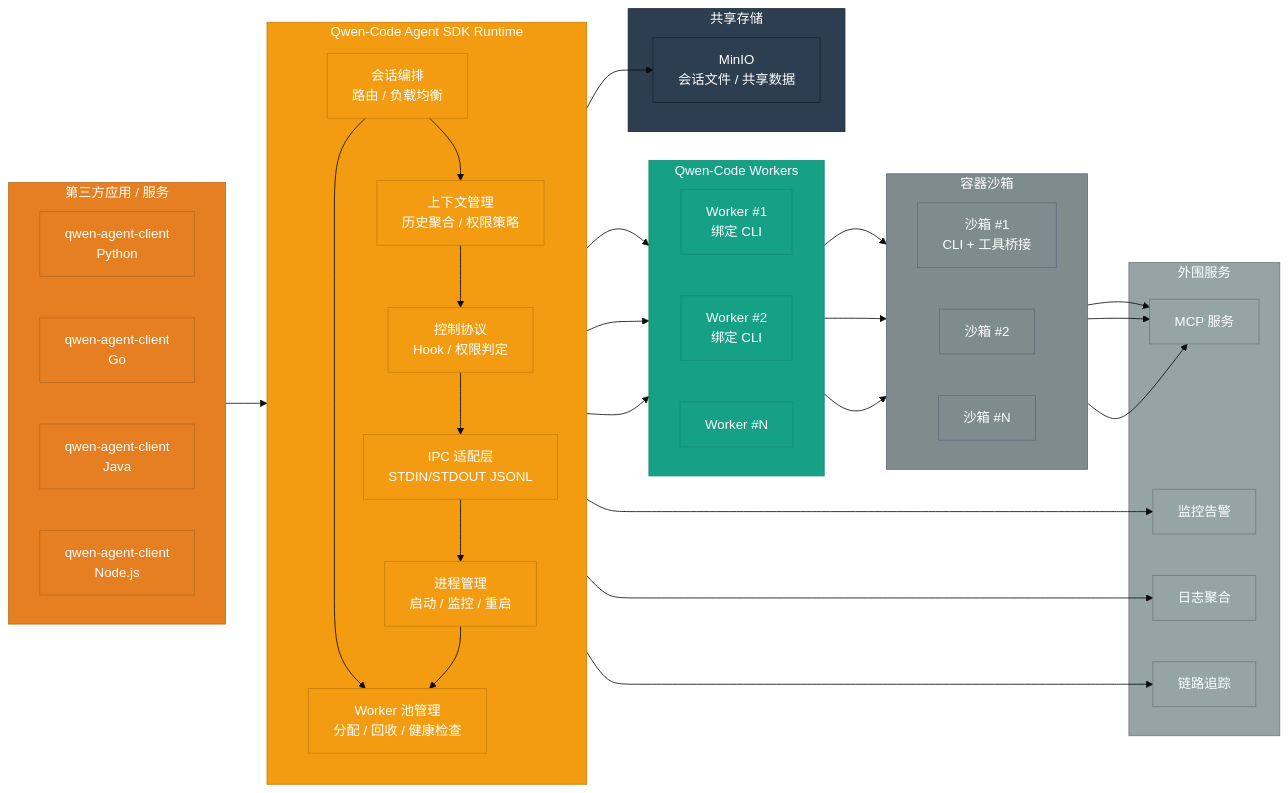
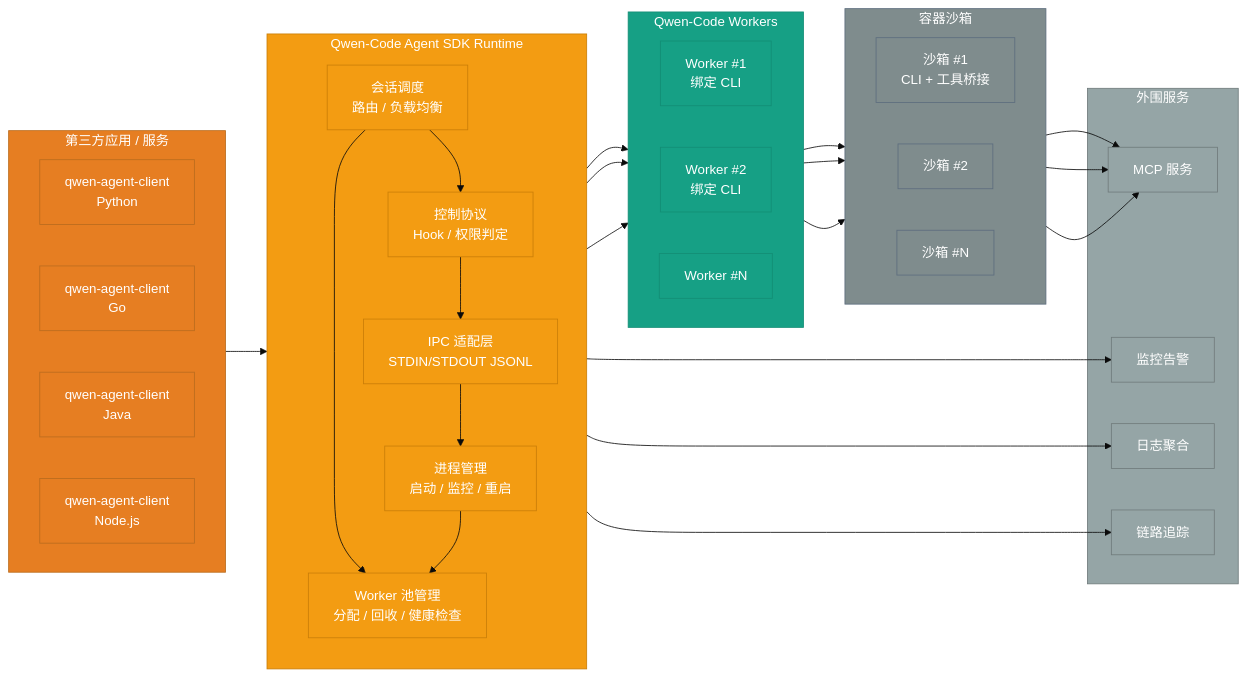
Before and after one commit to x22x22/qwen-code: the diagram in docs/rfc/qwen-code-agent-framework-rfc_cn.md, drawn with Mermaid (base theme). The commit also changed other lines of this file, not shown here.

Commit message:
refactor: update Qwen-Code Agent SDK documentation for clarity and accuracy

````diff
--- a/docs/rfc/qwen-code-agent-framework-rfc_cn.md
+++ b/docs/rfc/qwen-code-agent-framework-rfc_cn.md
@@ -39,8 +39,7 @@
 
     subgraph AgentRuntime["Qwen-Code Agent SDK Runtime"]
         direction TB
-        Router["会话编排<br/>路由 / 负载均衡"]
-        ContextMgr["上下文管理<br/>历史聚合 / 权限策略"]
+        Router["会话调度<br/>路由 / 负载均衡"]
         ControlPlane["控制协议<br/>Hook / 权限判定"]
         ProcessMgr["进程管理<br/>启动 / 监控 / 重启"]
         IPC["IPC 适配层<br/>STDIN/STDOUT JSONL"]
@@ -68,14 +67,9 @@
         Trace["链路追踪"]
     end
 
-    subgraph Storage["共享存储"]
-        MinIO["MinIO<br/>会话文件 / 共享数据"]
-    end
-
     Clients --> Router
-    Router --> ContextMgr
+    Router --> ControlPlane
     Router --> WorkerPool
-    ContextMgr --> ControlPlane
     ControlPlane --> IPC
     IPC --> ProcessMgr
     ProcessMgr --> WorkerPool
@@ -94,19 +88,15 @@
     Router --> Monitor
     Router --> Logger
     Router --> Trace
-    WorkerPool --> MinIO
 
     classDef clientStyle fill:#e67e22,stroke:#ba6c1e,color:#fff
     classDef runtimeStyle fill:#f39c12,stroke:#ca7e08,color:#fff
     classDef workerStyle fill:#16a085,stroke:#138d75,color:#fff
     classDef sandboxStyle fill:#7f8c8d,stroke:#5d6d7e,color:#fff
     classDef serviceStyle fill:#95a5a6,stroke:#707b7c,color:#fff
-    classDef storageStyle fill:#2c3e50,stroke:#1a252f,color:#fff
-
     class Clients,PythonSDK,GoSDK,JavaSDK,NodeSDK clientStyle
-    class AgentRuntime,Router,ContextMgr,ControlPlane,ProcessMgr,IPC,WorkerPool runtimeStyle
+    class AgentRuntime,Router,ControlPlane,ProcessMgr,IPC,WorkerPool runtimeStyle
     class Workers,Worker1,Worker2,WorkerN workerStyle
     class Sandboxes,Sandbox1,Sandbox2,SandboxN sandboxStyle
     class Services,MCP,Monitor,Logger,Trace serviceStyle
-    class Storage,MinIO storageStyle
 ```
````
